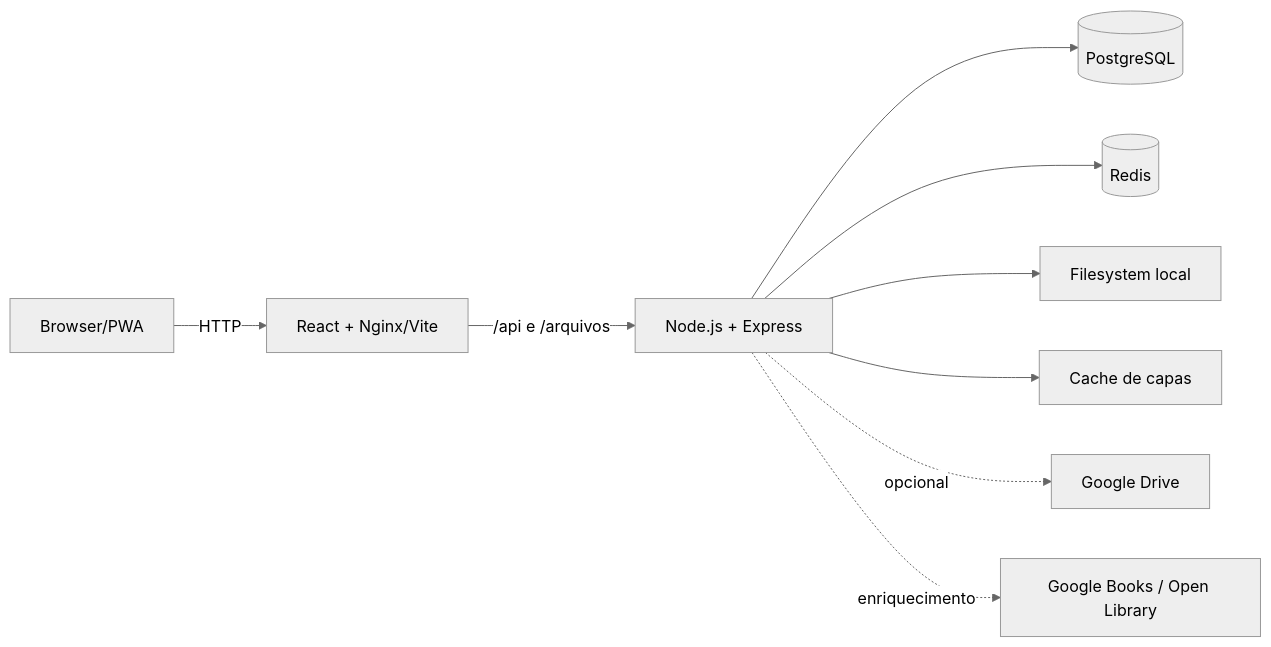
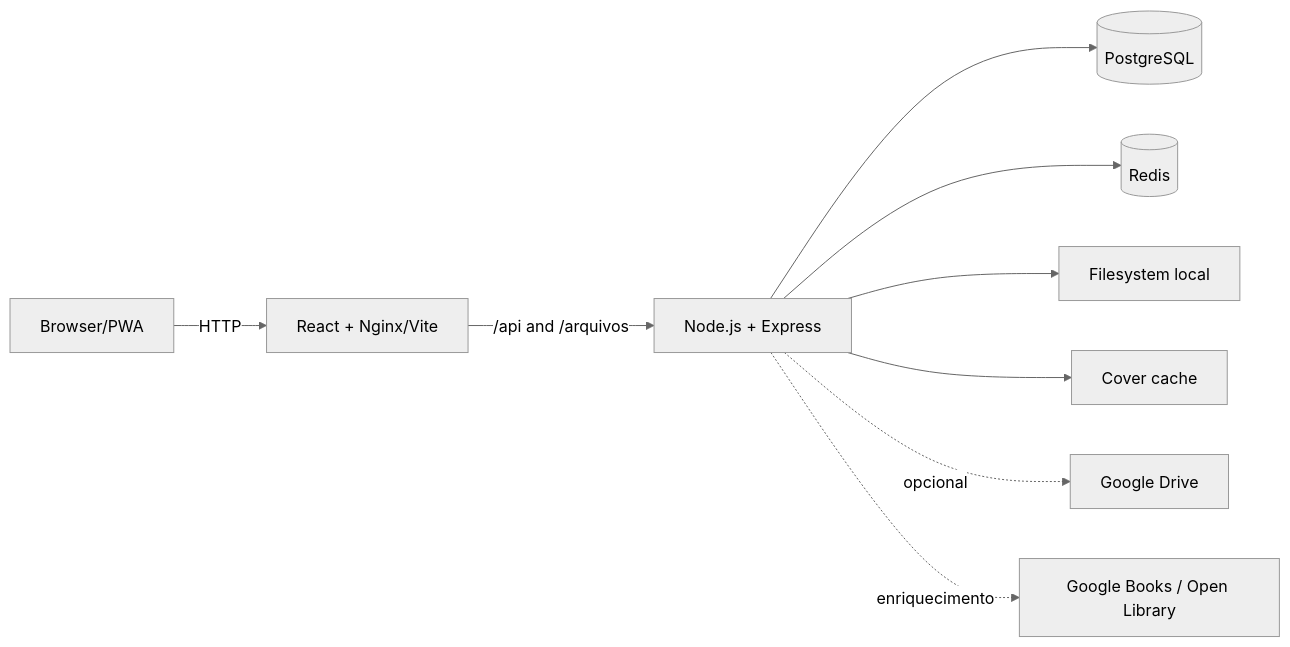
Before and after one commit to araruoss/araru-docs: the diagram in src/content/docs/docs/README.md, drawn with Mermaid (neutral theme). The commit also changed other lines of this file and 69 other files, not shown here.

````diff
--- a/src/content/docs/docs/README.md
+++ b/src/content/docs/docs/README.md
@@ -62,11 +62,11 @@
 ```mermaid
 flowchart LR
   U[Browser/PWA] -->|HTTP| F[React + Nginx/Vite]
-  F -->|/api e /arquivos| B[Node.js + Express]
+  F -->|/api and /arquivos| B[Node.js + Express]
   B --> DB[(PostgreSQL)]
   B --> R[(Redis)]
   B --> FS[Filesystem local]
-  B --> CC[Cache de capas]
+  B --> CC[Cover cache]
   B -. opcional .-> GD[Google Drive]
   B -. enriquecimento .-> MP[Google Books / Open Library]
 ```
````
